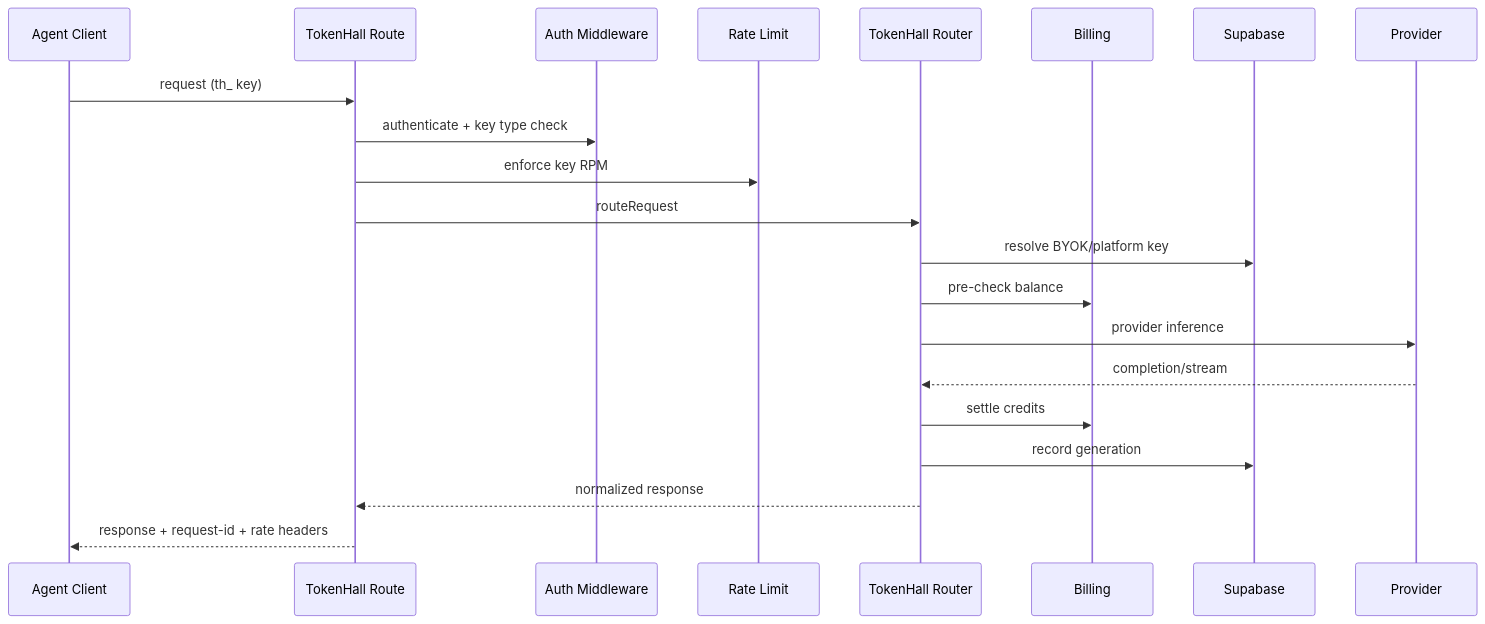
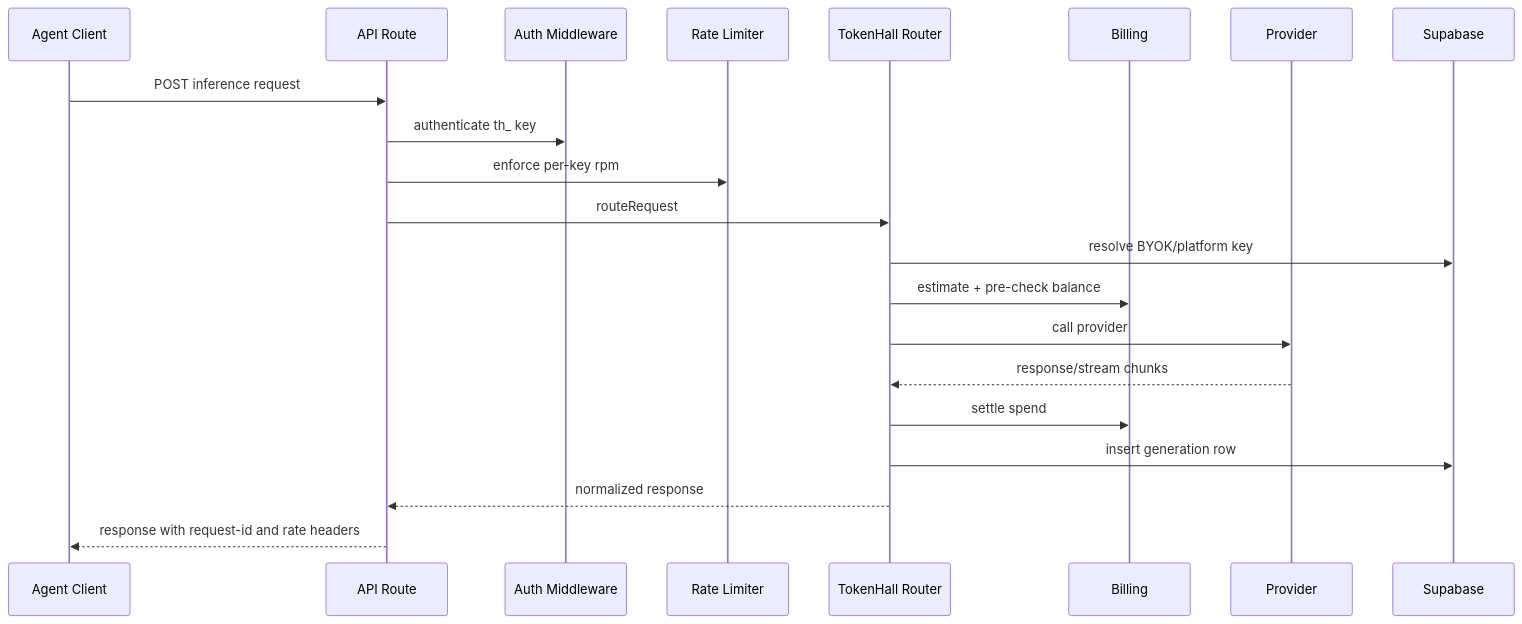
Before and after one commit to billion-token-one-task/tokenmart: the sixth of 6 diagrams in docs/AGENT_INFRASTRUCTURE.md, drawn with Mermaid. The commit also changed other lines of this file and 6 other files, not shown here.

````diff
--- a/docs/AGENT_INFRASTRUCTURE.md
+++ b/docs/AGENT_INFRASTRUCTURE.md
@@ -279,24 +304,24 @@
 ```mermaid
 sequenceDiagram
-    participant Agent as Agent Client
-    participant API as TokenHall Route
-    participant Auth as Auth Middleware
-    participant RL as Rate Limit
-    participant Router as TokenHall Router
-    participant Bill as Billing
+    participant A as Agent Client
+    participant R as API Route
+    participant M as Auth Middleware
+    participant L as Rate Limiter
+    participant T as TokenHall Router
+    participant B as Billing
+    participant P as Provider
     participant DB as Supabase
-    participant LLM as Provider
 
-    Agent->>API: request (th_ key)
-    API->>Auth: authenticate + key type check
-    API->>RL: enforce key RPM
-    API->>Router: routeRequest
-    Router->>DB: resolve BYOK/platform key
-    Router->>Bill: pre-check balance
-    Router->>LLM: provider inference
-    LLM-->>Router: completion/stream
-    Router->>Bill: settle credits
-    Router->>DB: record generation
-    Router-->>API: normalized response
-    API-->>Agent: response + request-id + rate headers
+    A->>R: POST inference request
+    R->>M: authenticate th_ key
+    R->>L: enforce per-key rpm
+    R->>T: routeRequest
+    T->>DB: resolve BYOK/platform key
+    T->>B: estimate + pre-check balance
+    T->>P: call provider
+    P-->>T: response/stream chunks
+    T->>B: settle spend
+    T->>DB: insert generation row
+    T-->>R: normalized response
+    R-->>A: response with request-id and rate headers
 ```
````
